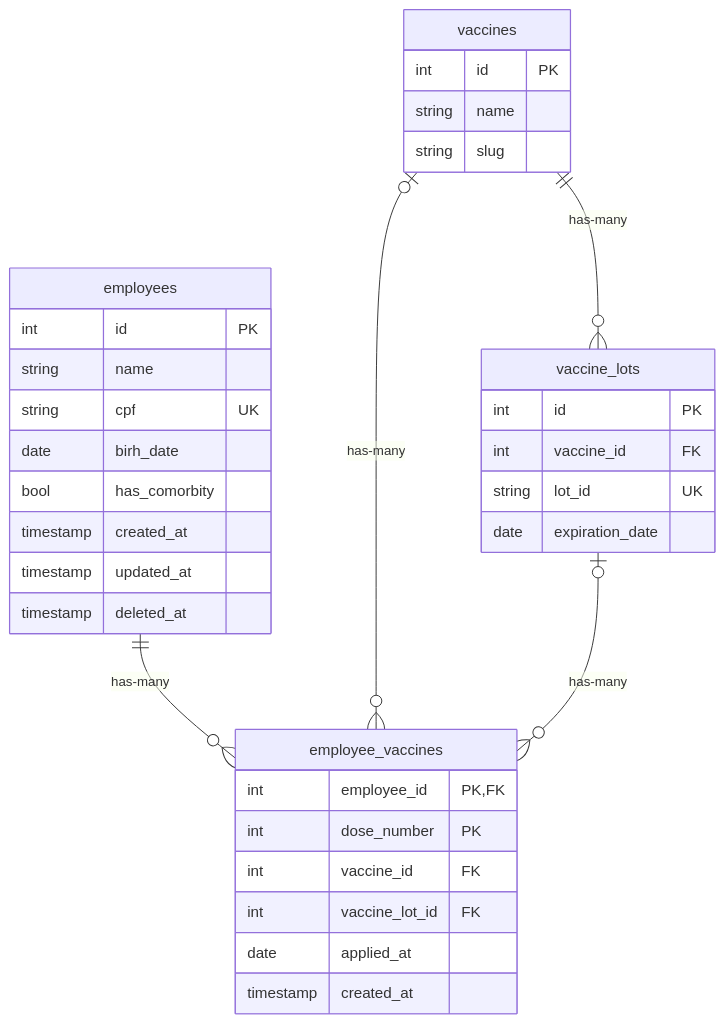
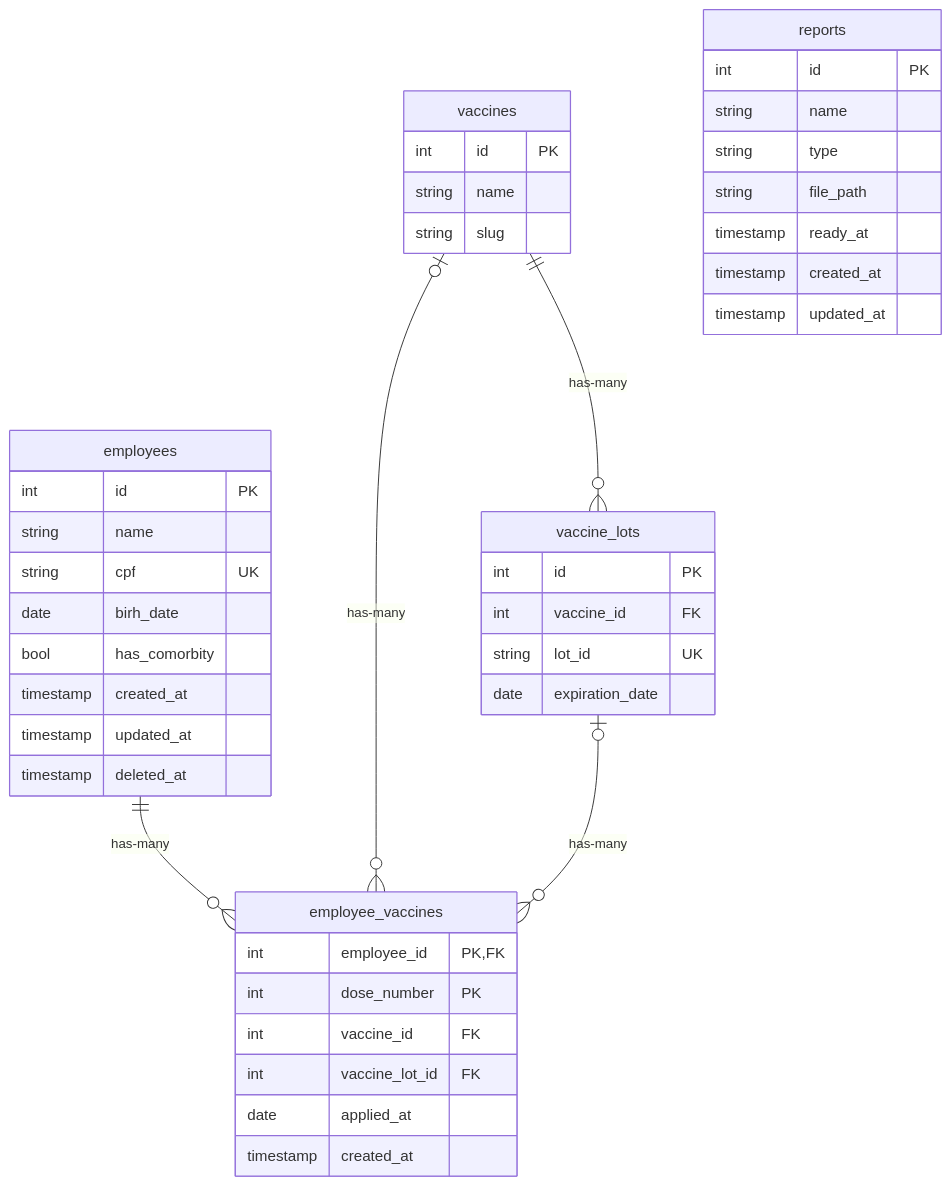
The diagram in README.md (qreidt/feegow-challenge-covid), drawn with Mermaid before and after one commit. The commit also changed other lines of this file, not shown here.

````diff
--- a/README.md
+++ b/README.md
@@ -4,41 +4,51 @@
 ```mermaid
 erDiagram
     vaccines {
         int id PK
         string name
         string slug
     }
     
     vaccine_lots {
         int id PK
         int vaccine_id FK
         string lot_id UK
         date expiration_date
     }
 
     vaccines || -- o{ vaccine_lots : has-many
     
     employees {
         int id PK
         string name
         string cpf UK
         date birh_date
         bool has_comorbity
         timestamp created_at
         timestamp updated_at
         timestamp deleted_at
     }
     
     employee_vaccines {
         int employee_id PK,FK
         int dose_number PK
         int vaccine_id FK
         int vaccine_lot_id FK
         date applied_at
         timestamp created_at
     }
 
     employees || -- o{ employee_vaccines : has-many
     vaccines |o -- o{ employee_vaccines : has-many
     vaccine_lots |o -- o{ employee_vaccines : has-many
+    
+    reports {
+        int id PK
+        string name
+        string type
+        string file_path
+        timestamp ready_at
+        timestamp created_at
+        timestamp updated_at
+    }
 ```
````
